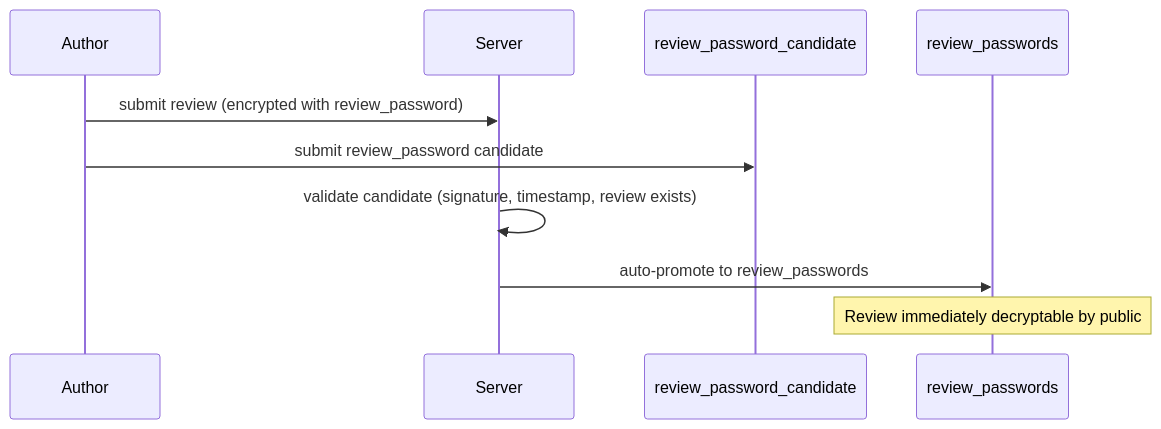
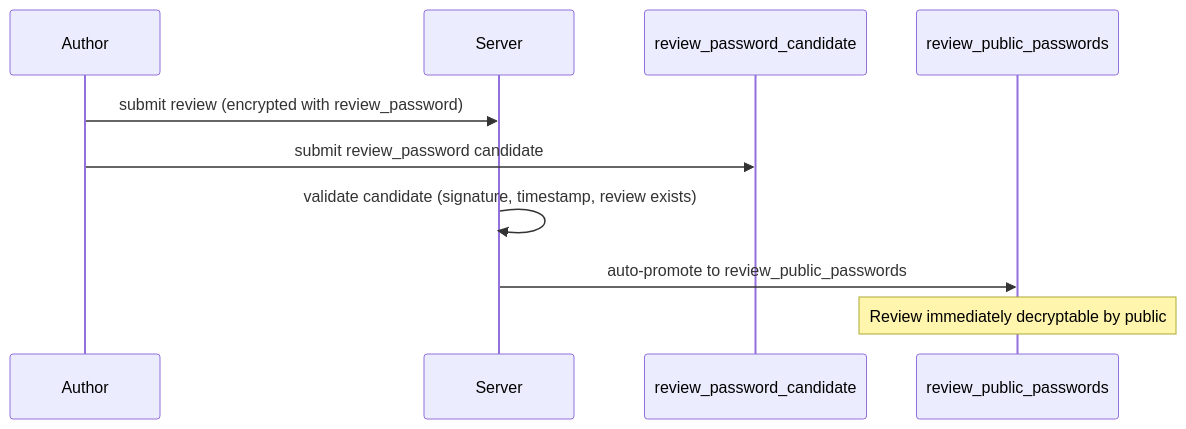
The second of 4 diagrams in docs/proposal/reviews.md (Buckitup-chat/chat), drawn with Mermaid before and after one commit. The commit also changed other lines of this file and 1 other file, not shown here.

````diff
--- a/docs/proposal/reviews.md
+++ b/docs/proposal/reviews.md
@@ -141,13 +147,13 @@
 ```mermaid
 sequenceDiagram
     participant A as Author
     participant S as Server
     participant C as review_password_candidate
-    participant P as review_passwords
+    participant P as review_public_passwords
 
     A->>S: submit review (encrypted with review_password)
     A->>C: submit review_password candidate
     S->>S: validate candidate (signature, timestamp, review exists)
-    S->>P: auto-promote to review_passwords
+    S->>P: auto-promote to review_public_passwords
     Note over P: Review immediately decryptable by public
 ```
````
